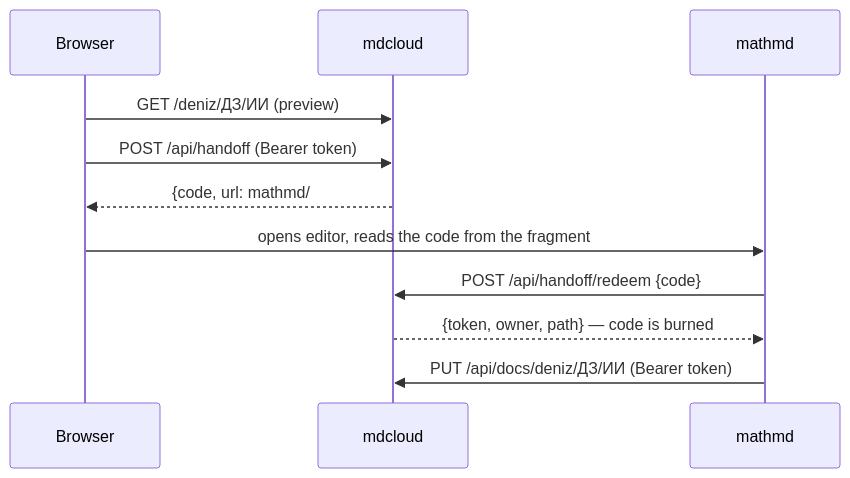
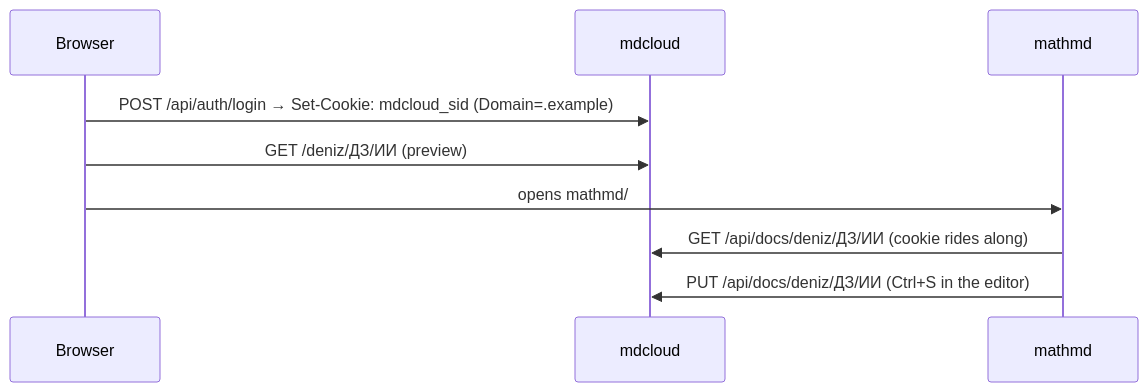
The diagram in README.md (denizsincar29/mdcloud), drawn with Mermaid before and after one commit. The commit also changed other lines of this file and 12 other files, not shown here.

````diff
--- a/README.md
+++ b/README.md
@@ -7,13 +7,11 @@
 ```mermaid
 sequenceDiagram
     participant B as Browser
     participant C as mdcloud
     participant E as mathmd
+    B->>C: POST /api/auth/login → Set-Cookie: mdcloud_sid (Domain=.example)
     B->>C: GET /deniz/ДЗ/ИИ (preview)
-    B->>C: POST /api/handoff (Bearer token)
-    C-->>B: {code, url: mathmd/#cloud=CODE}
-    B->>E: opens editor, reads the code from the fragment
-    E->>C: POST /api/handoff/redeem {code}
-    C-->>E: {token, owner, path} — code is burned
-    E->>C: PUT /api/docs/deniz/ДЗ/ИИ (Bearer token)
+    B->>E: opens mathmd/#cloud=deniz/ДЗ/ИИ
+    E->>C: GET /api/docs/deniz/ДЗ/ИИ (cookie rides along)
+    E->>C: PUT /api/docs/deniz/ДЗ/ИИ (Ctrl+S in the editor)
 ```
````
